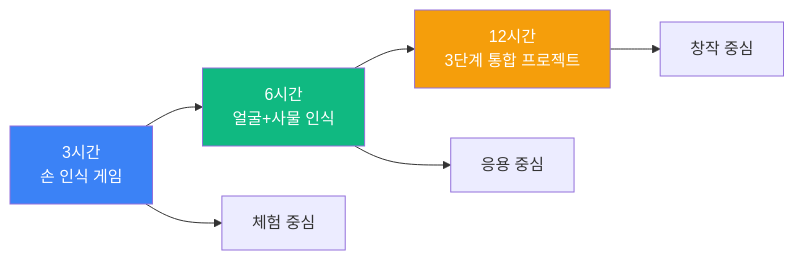
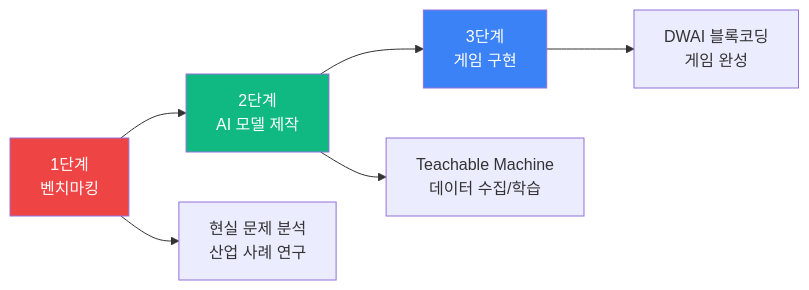
Before and after one commit to Collegenie-X/AIMakerLab_Web: the first of 14 diagrams in documents/CURRICULUM/맛보기_블록코딩_AI비전.md, drawn with Mermaid. The commit also changed other lines of this file and 3 other files, not shown here.

````diff
--- a/documents/CURRICULUM/맛보기_블록코딩_AI비전.md
+++ b/documents/CURRICULUM/맛보기_블록코딩_AI비전.md
@@ -55,13 +59,13 @@
 ```mermaid
 graph LR
-    A[3시간<br/>손 인식 게임] --> B[6시간<br/>얼굴+사물 인식]
-    B --> C[12시간<br/>3단계 통합 프로젝트]
+    A[1단계<br/>벤치마킹] --> B[2단계<br/>AI 모델 제작]
+    B --> C[3단계<br/>게임 구현]
     
-    A --> A1[체험 중심]
-    B --> B1[응용 중심]
-    C --> C1[창작 중심]
+    A --> A1[현실 문제 분석<br/>산업 사례 연구]
+    B --> B1[Teachable Machine<br/>데이터 수집/학습]
+    C --> C1[DWAI 블록코딩<br/>게임 완성]
     
-    style A fill:#3b82f6,color:#fff
+    style A fill:#ef4444,color:#fff
     style B fill:#10b981,color:#fff
-    style C fill:#f59e0b,color:#fff
+    style C fill:#3b82f6,color:#fff
 ```
````
